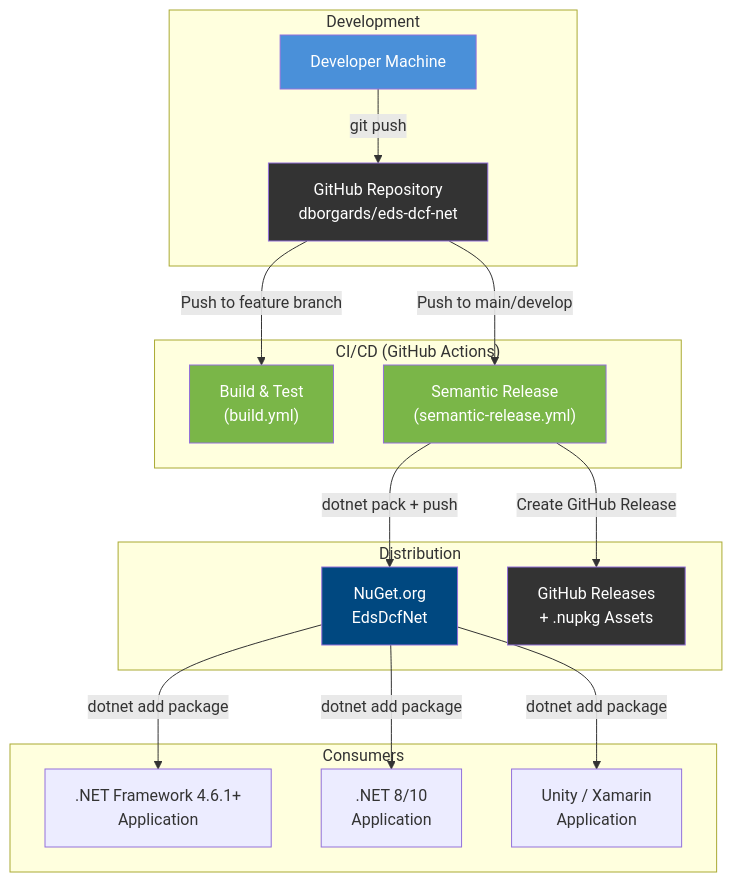
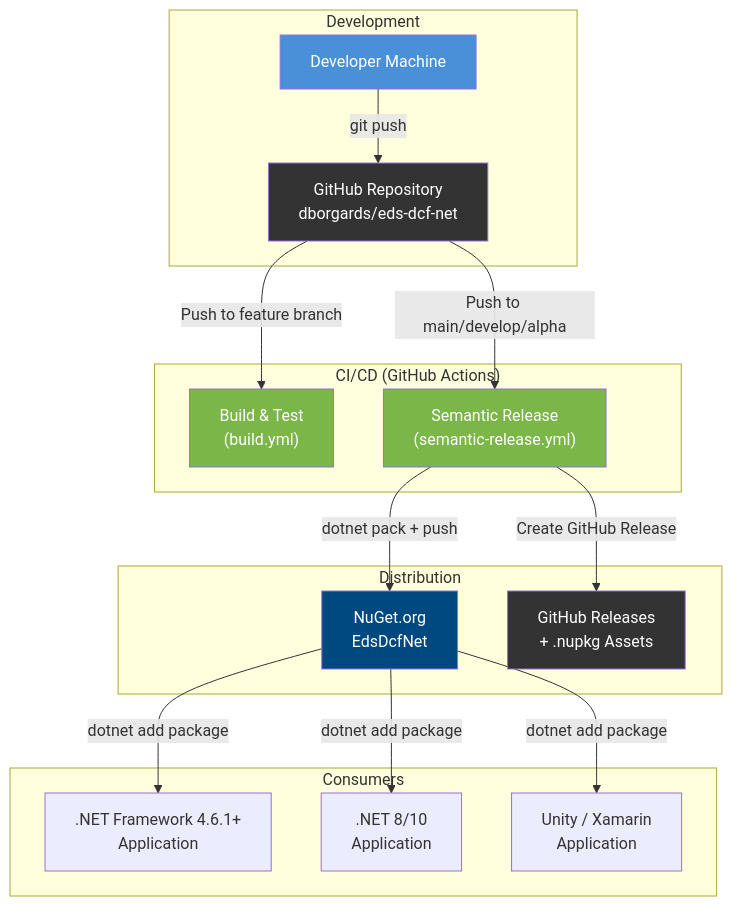
Before and after one commit to dborgards/eds-dcf-net: the first of 2 diagrams in docs/architecture/07-deployment-view.md, drawn with Mermaid. The commit also changed other lines of this file and 4 other files, not shown here.

````diff
--- a/docs/architecture/07-deployment-view.md
+++ b/docs/architecture/07-deployment-view.md
@@ -7,39 +7,39 @@
 ```mermaid
 graph TB
     subgraph Development ["Development"]
         Dev["Developer Machine"]
         GH["GitHub Repository<br/>dborgards/eds-dcf-net"]
     end
 
     subgraph CI ["CI/CD (GitHub Actions)"]
         Build["Build & Test<br/>(build.yml)"]
         Release["Semantic Release<br/>(semantic-release.yml)"]
     end
 
     subgraph Distribution ["Distribution"]
         NuGet["NuGet.org<br/>EdsDcfNet"]
         GHR["GitHub Releases<br/>+ .nupkg Assets"]
     end
 
     subgraph Consumers ["Consumers"]
         App1[".NET Framework 4.6.1+<br/>Application"]
         App2[".NET 8/10<br/>Application"]
         App3["Unity / Xamarin<br/>Application"]
     end
 
     Dev -->|git push| GH
     GH -->|Push to feature branch| Build
-    GH -->|Push to main/develop| Release
+    GH -->|Push to main/develop/alpha| Release
     Release -->|dotnet pack + push| NuGet
     Release -->|Create GitHub Release| GHR
     NuGet -->|dotnet add package| App1
     NuGet -->|dotnet add package| App2
     NuGet -->|dotnet add package| App3
 
     style Dev fill:#4A90D9,color:#fff
     style GH fill:#333,color:#fff
     style Build fill:#7AB648,color:#fff
     style Release fill:#7AB648,color:#fff
     style NuGet fill:#004880,color:#fff
     style GHR fill:#333,color:#fff
 ```
````
